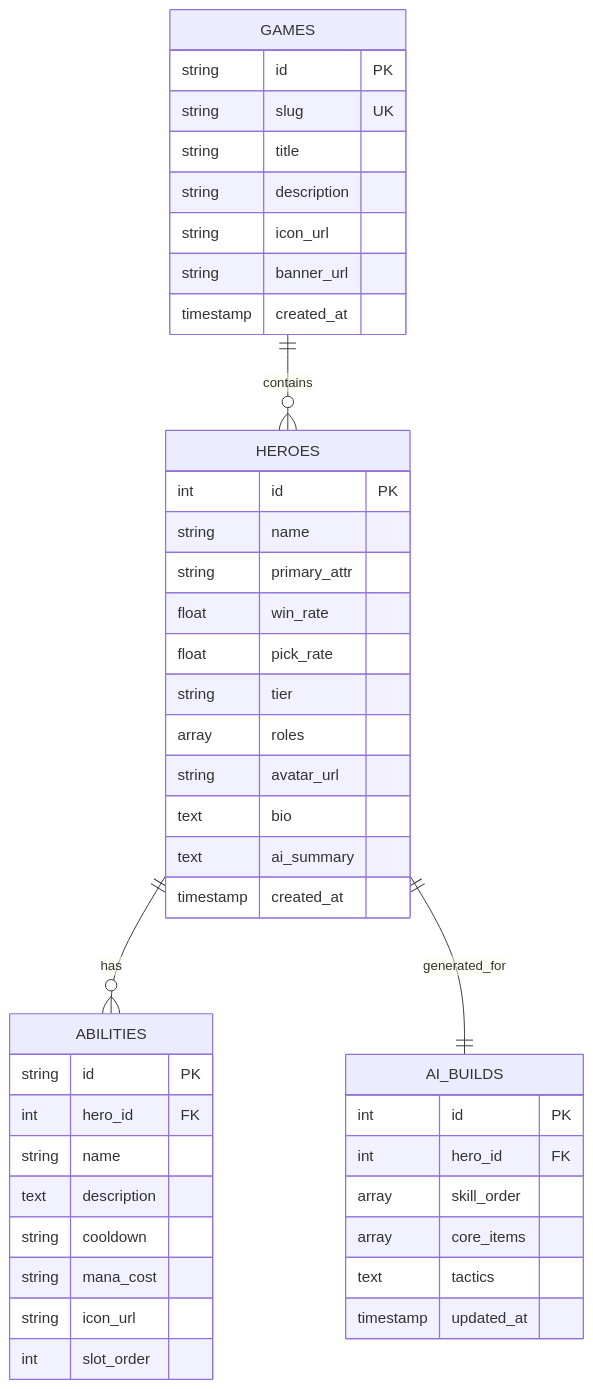
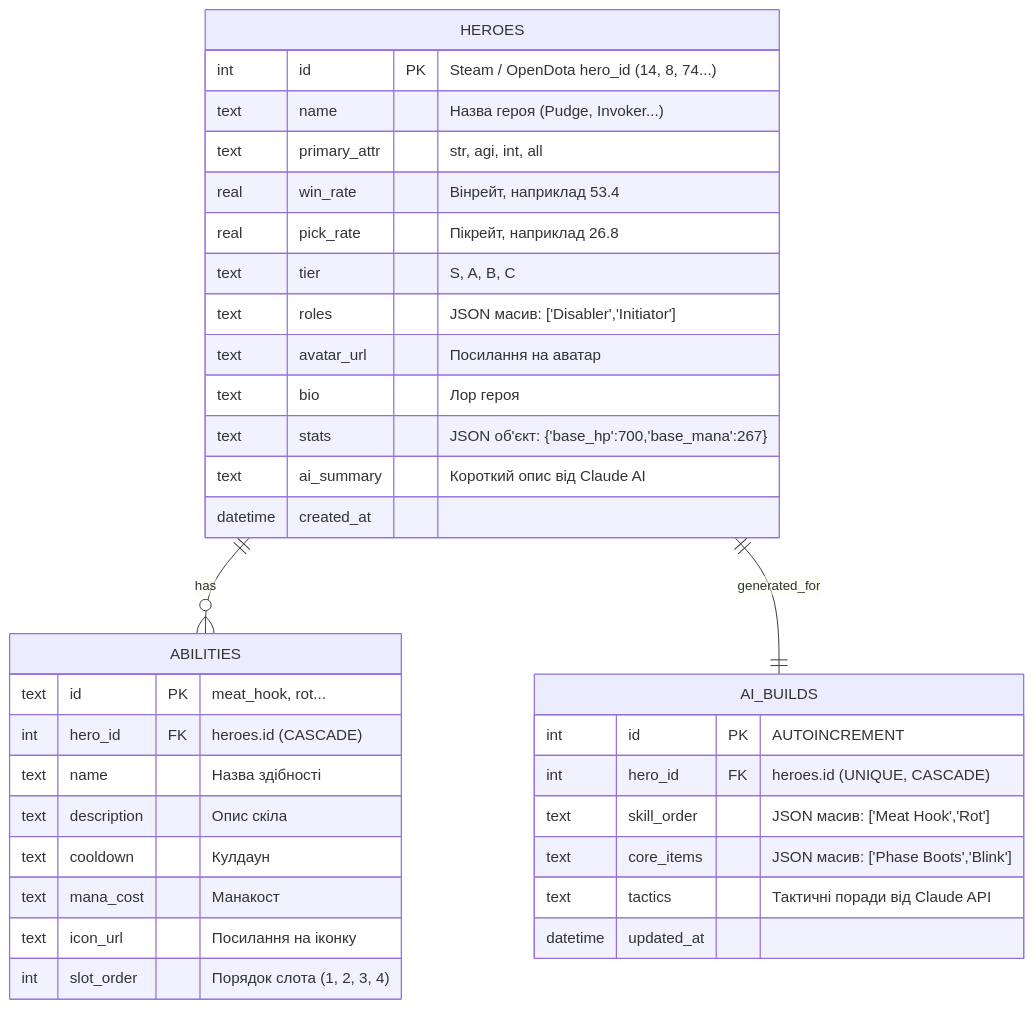
One commit to rei968/hakatone changed the diagram in docs/DATABASE_ERD.md. Above: the diagram before and after it, drawn with Mermaid. The commit also changed other lines of this file and 11 other files, not shown here.

Commit message:
refactor: migrate schema to SQLite3, unify dota2.json to numeric IDs/snake_case, remove games table, track pubspec.lock, and brand as MangoData

````diff
--- a/docs/DATABASE_ERD.md
+++ b/docs/DATABASE_ERD.md
@@ -7,50 +8,40 @@
 ```mermaid
 erDiagram
-    GAMES ||--o{ HEROES : contains
     HEROES ||--o{ ABILITIES : has
     HEROES ||--|| AI_BUILDS : generated_for
 
-    GAMES {
-        string id PK
-        string slug UK
-        string title
-        string description
-        string icon_url
-        string banner_url
-        timestamp created_at
-    }
-
     HEROES {
-        int id PK
-        string name
-        string primary_attr
-        float win_rate
-        float pick_rate
-        string tier
-        array roles
-        string avatar_url
-        text bio
-        text ai_summary
-        timestamp created_at
+        int id PK "Steam / OpenDota hero_id (14, 8, 74...)"
+        text name "Назва героя (Pudge, Invoker...)"
+        text primary_attr "str, agi, int, all"
+        real win_rate "Вінрейт, наприклад 53.4"
+        real pick_rate "Пікрейт, наприклад 26.8"
+        text tier "S, A, B, C"
+        text roles "JSON масив: ['Disabler','Initiator']"
+        text avatar_url "Посилання на аватар"
+        text bio "Лор героя"
+        text stats "JSON об'єкт: {'base_hp':700,'base_mana':267}"
+        text ai_summary "Короткий опис від Claude AI"
+        datetime created_at
     }
 
     ABILITIES {
-        string id PK
-        int hero_id FK
-        string name
-        text description
-        string cooldown
-        string mana_cost
-        string icon_url
-        int slot_order
+        text id PK "meat_hook, rot..."
+        int hero_id FK "heroes.id (CASCADE)"
+        text name "Назва здібності"
+        text description "Опис скіла"
+        text cooldown "Кулдаун"
+        text mana_cost "Манакост"
+        text icon_url "Посилання на іконку"
+        int slot_order "Порядок слота (1, 2, 3, 4)"
     }
 
     AI_BUILDS {
-        int id PK
-        int hero_id FK
-        array skill_order
-        array core_items
-        text tactics
-        timestamp updated_at
+        int id PK "AUTOINCREMENT"
+        int hero_id FK "heroes.id (UNIQUE, CASCADE)"
+        text skill_order "JSON масив: ['Meat Hook','Rot']"
+        text core_items "JSON масив: ['Phase Boots','Blink']"
+        text tactics "Тактичні поради від Claude API"
+        datetime updated_at
     }
 ```
````
